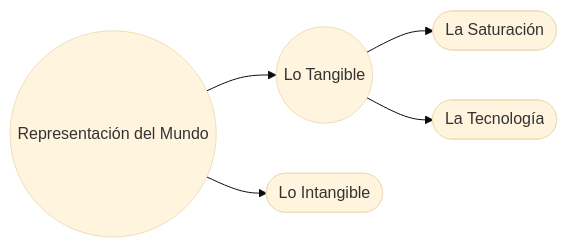
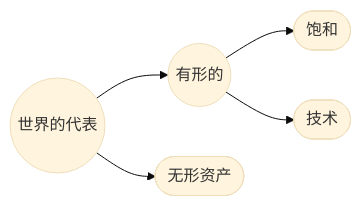
Before and after one commit to EGGS-Artesvisuales/EGGS-Artesvisuales.github.io: the diagram in CHN/tangible.md, drawn with Mermaid (base theme). The commit also changed other lines of this file and 43 other files, not shown here.

```diff
--- a/CHN/tangible.md
+++ b/CHN/tangible.md
@@ -19,18 +19,18 @@
 <div class="mermaid">
 flowchart LR
-  representacion((Representación del Mundo))
-  tangible(("Lo Tangible"))
-  intangible(["Lo Intangible"])
+  representacion((世界的代表))
+  tangible(("有形的"))
+  intangible(["无形资产"])
 
   representacion --> tangible
   representacion --> intangible
 
-  tangible --> saturacion(["La Saturación"])
-  tangible --> tecnologia(["La Tecnología"])
+  tangible --> saturacion(["饱和"])
+  tangible --> tecnologia(["技术"])
 
-  click representacion "/CHN/mundo-exterior.html" "Ir a Representación del Mundo"
-  click tangible "/CHN/tangible.html" "Ir a Lo Tangible"
-  click saturacion "/CHN/saturacion.html" "Ir a La Saturación"
-  click tecnologia "/CHN/en-construccion.html" "Ir a La Tecnología"
-  click intangible "/CHN/intangible.html" "Ir a Lo Intangible"
+  click representacion "/CHN/mundo-exterior.html" "前往世界代表"
+  click tangible "/CHN/tangible.html" "走向有形"
+  click saturacion "/CHN/saturacion.html" "转到饱和度"
+  click tecnologia "/CHN/en-construccion.html" "前往技术"
+  click intangible "/CHN/intangible.html" "走向无形"
 </div>
```
